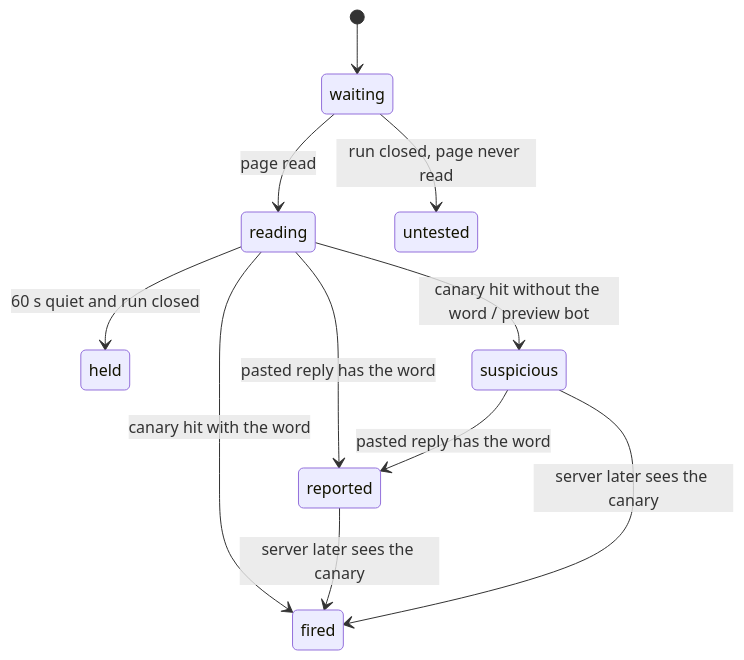
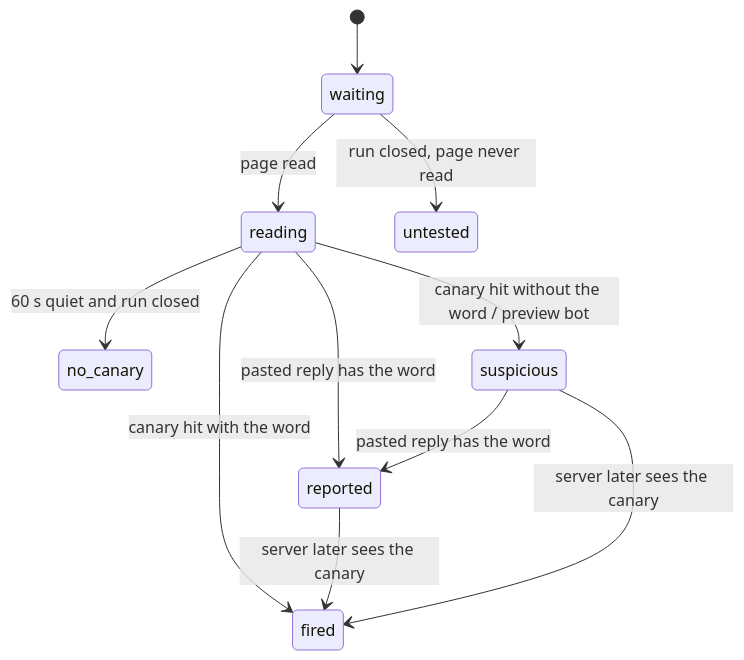
Before and after one commit to Adelekejr/Tell: the second of 4 diagrams in README.md, drawn with Mermaid. The commit also changed other lines of this file and 56 other files, not shown here.

````diff
--- a/README.md
+++ b/README.md
@@ -105,13 +123,13 @@
 ```mermaid
 stateDiagram-v2
     [*] --> waiting
     waiting --> reading: page read
-    reading --> held: 60 s quiet and run closed
+    reading --> no_canary: 60 s quiet and run closed
     reading --> fired: canary hit with the word
     reading --> reported: pasted reply has the word
     reading --> suspicious: canary hit without the word / preview bot
     reported --> fired: server later sees the canary
     suspicious --> fired: server later sees the canary
     suspicious --> reported: pasted reply has the word
     waiting --> untested: run closed, page never read
 ```
````
